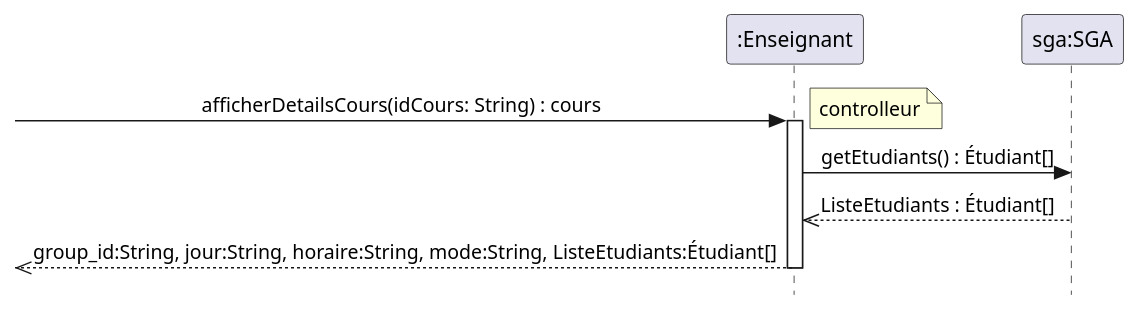
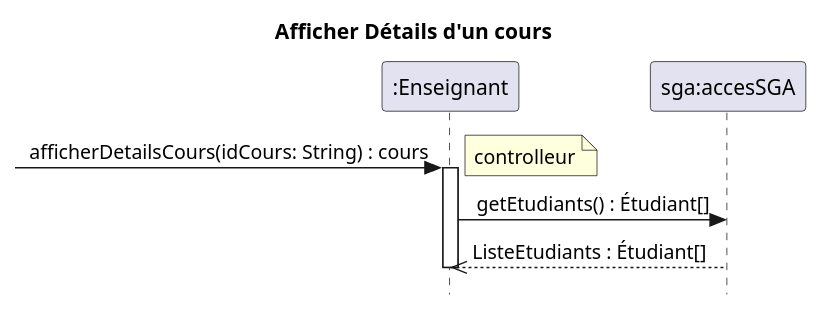
The diagram in docs/modeles/cu01/rdcu-afficherDetailsCours.puml (xMrYahya/moodle-clone), drawn with PlantUML before and after one commit. The commit also changed 18 other files, not shown here.

Commit message:
modification des diagrammes

```diff
--- a/docs/modeles/cu01/rdcu-afficherDetailsCours.puml
+++ b/docs/modeles/cu01/rdcu-afficherDetailsCours.puml
@@ -1,17 +1,16 @@
 @startuml
+title Afficher Détails d'un cours
 skinparam Style strictuml
 skinparam sequenceMessageAlign center
 
 participant ":Enseignant"  as enseignant
-participant "sga:SGA" as sga
+participant "sga:accesSGA" as sga
 
  -> enseignant : afficherDetailsCours(idCours: String) : cours
 note right: controlleur
 activate enseignant
 enseignant -> sga : getEtudiants() : Étudiant[]
 sga -->> enseignant : ListeEtudiants : Étudiant[]
 
- <<-- enseignant : group_id:String, jour:String, horaire:String, mode:String, ListeEtudiants:Étudiant[]
-
 deactivate enseignant
 @enduml
```
